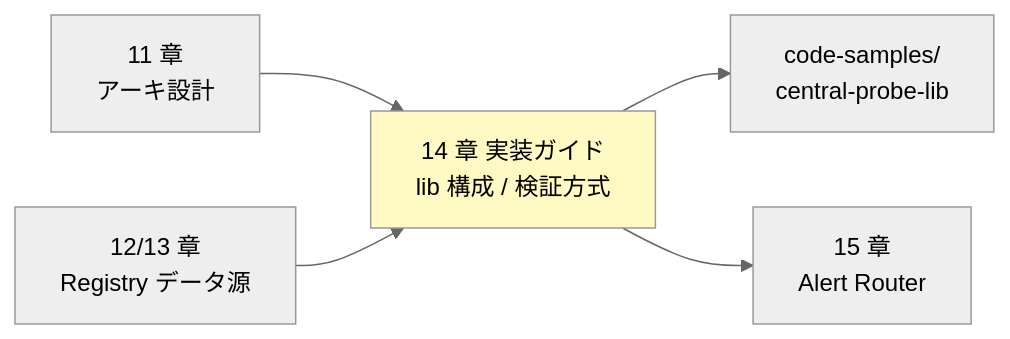
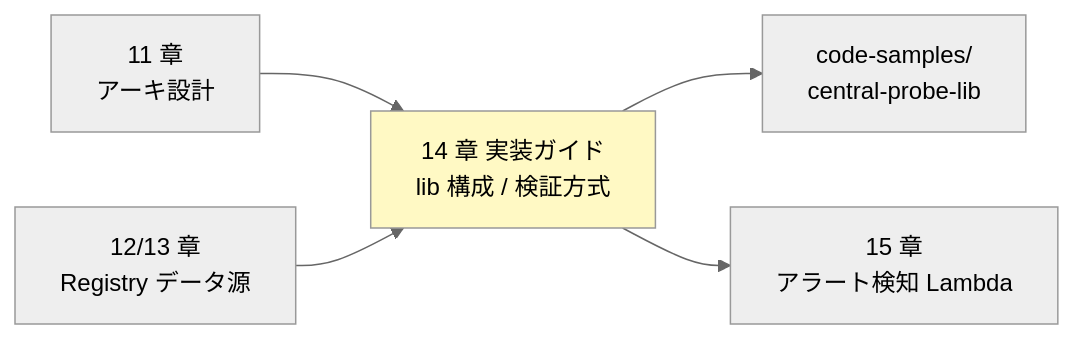
Before and after one commit to suepie/aws-atuh-poc: the diagram in doc/api-platform/basic-design/14-probe-implementation-guide.md, drawn with Mermaid (neutral theme). The commit also changed other lines of this file and 23 other files, not shown here.

````diff
--- a/doc/api-platform/basic-design/14-probe-implementation-guide.md
+++ b/doc/api-platform/basic-design/14-probe-implementation-guide.md
@@ -15,8 +15,8 @@
 ```mermaid
 flowchart LR
     A["11 章<br/>アーキ設計"] --> THIS["14 章 実装ガイド<br/>lib 構成 / 検証方式"]
     R["12/13 章<br/>Registry データ源"] --> THIS
     THIS --> IMPL["code-samples/<br/>central-probe-lib"]
-    THIS --> AL["15 章<br/>Alert Router"]
+    THIS --> AL["15 章<br/>アラート検知 Lambda"]
     style THIS fill:#fff9c4
 ```
````
